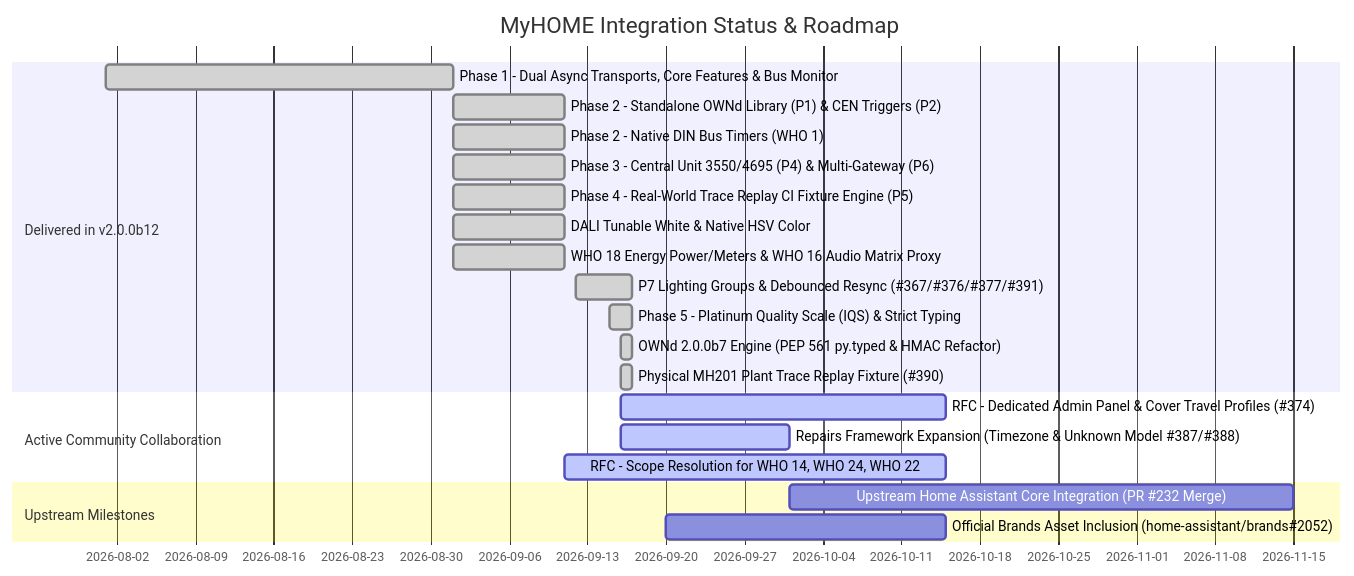
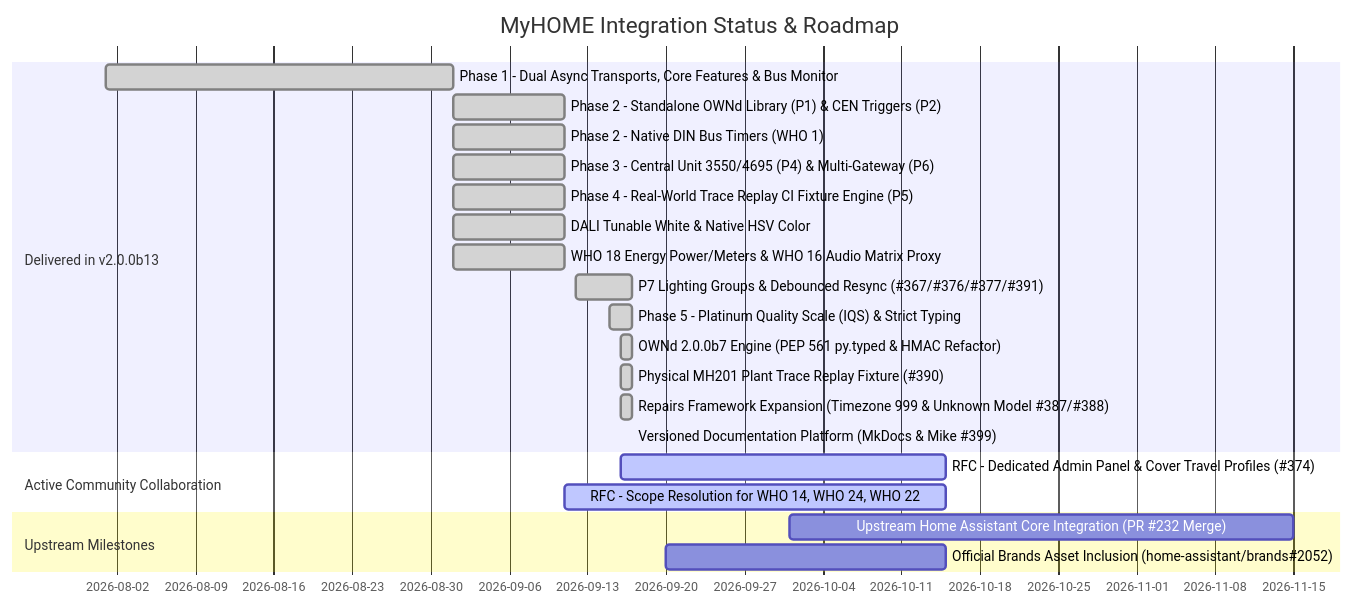
Before and after one commit to GreenGrassBlueOcean/MyHOME: the first of 3 diagrams in ROADMAP.md, drawn with Mermaid. The commit also changed other lines of this file and 7 other files, not shown here.

````diff
--- a/ROADMAP.md
+++ b/ROADMAP.md
@@ -13,24 +13,25 @@
 ```mermaid
 gantt
     title MyHOME Integration Status & Roadmap
     dateFormat  YYYY-MM-DD
-    section Delivered in v2.0.0b12
+    section Delivered in v2.0.0b13
     Phase 1 - Dual Async Transports, Core Features & Bus Monitor    :done, 2026-08-01, 2026-09-01
     Phase 2 - Standalone OWNd Library (P1) & CEN Triggers (P2)      :done, 2026-09-01, 2026-09-11
     Phase 2 - Native DIN Bus Timers (WHO 1)                         :done, 2026-09-01, 2026-09-11
     Phase 3 - Central Unit 3550/4695 (P4) & Multi-Gateway (P6)      :done, 2026-09-01, 2026-09-11
     Phase 4 - Real-World Trace Replay CI Fixture Engine (P5)        :done, 2026-09-01, 2026-09-11
     DALI Tunable White & Native HSV Color                           :done, 2026-09-01, 2026-09-11
     WHO 18 Energy Power/Meters & WHO 16 Audio Matrix Proxy          :done, 2026-09-01, 2026-09-11
     P7 Lighting Groups & Debounced Resync (#367/#376/#377/#391)     :done, 2026-09-12, 2026-09-17
     Phase 5 - Platinum Quality Scale (IQS) & Strict Typing          :done, 2026-09-15, 2026-09-17
     OWNd 2.0.0b7 Engine (PEP 561 py.typed & HMAC Refactor)          :done, 2026-09-16, 2026-09-17
     Physical MH201 Plant Trace Replay Fixture (#390)                :done, 2026-09-16, 2026-09-17
+    Repairs Framework Expansion (Timezone 999 & Unknown Model #387/#388) :done, 2026-09-16, 2026-09-17
+    Versioned Documentation Platform (MkDocs & Mike #399)           :done, 2026-09-17, 2026-09-17
     section Active Community Collaboration
     RFC - Dedicated Admin Panel & Cover Travel Profiles (#374)      :active, 2026-09-16, 2026-10-15
-    Repairs Framework Expansion (Timezone & Unknown Model #387/#388):active, 2026-09-16, 2026-10-01
     RFC - Scope Resolution for WHO 14, WHO 24, WHO 22               :active, 2026-09-11, 2026-10-15
     section Upstream Milestones
     Upstream Home Assistant Core Integration (PR #232 Merge)        :2026-10-01, 2026-11-15
     Official Brands Asset Inclusion (home-assistant/brands#2052)    :2026-09-20, 2026-10-15
 ```
````
